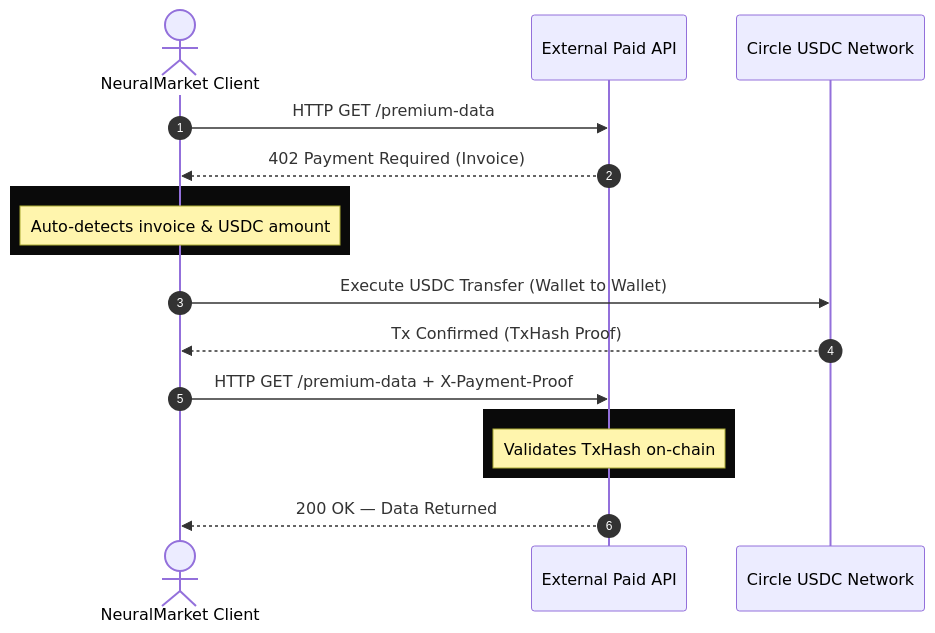
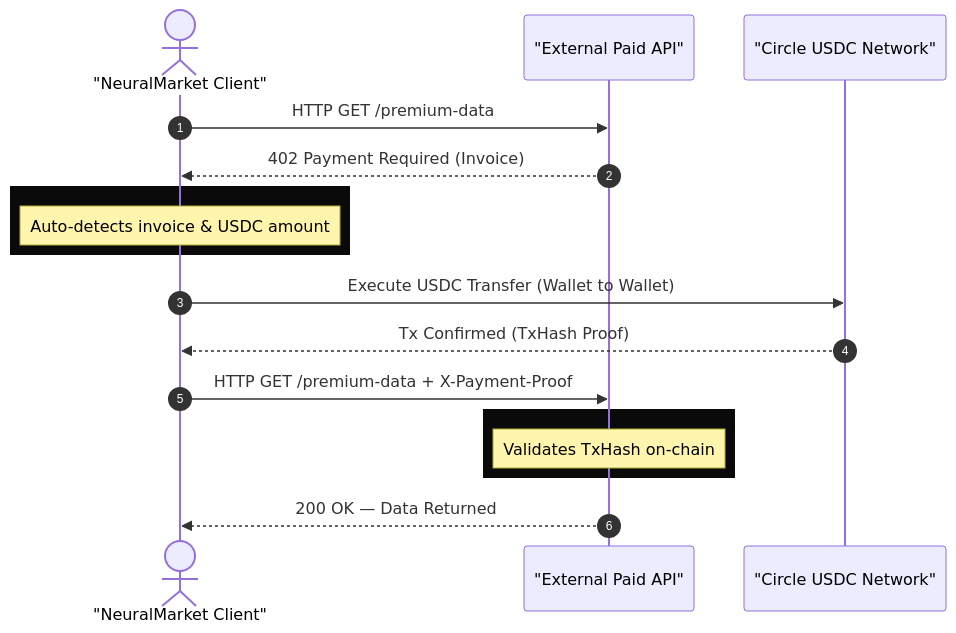
Before and after one commit to shashankrpatil077-ctrl/NeuralMarket: the second of 2 diagrams in README.md, drawn with Mermaid. The commit also changed other lines of this file, not shown here.

````diff
--- a/README.md
+++ b/README.md
@@ -87,25 +87,25 @@
 ```mermaid
 sequenceDiagram
     autonumber
-    actor Client as NeuralMarket Client
-    participant API as External Paid API
-    participant Circle as Circle USDC Network
+    actor Client as "NeuralMarket Client"
+    participant API as "External Paid API"
+    participant Circle as "Circle USDC Network"
 
     Client->>API: HTTP GET /premium-data
     API-->>Client: 402 Payment Required (Invoice)
     
     rect rgb(10, 10, 10)
     Note over Client: Auto-detects invoice & USDC amount
     end
     
     Client->>Circle: Execute USDC Transfer (Wallet to Wallet)
     Circle-->>Client: Tx Confirmed (TxHash Proof)
     
     Client->>API: HTTP GET /premium-data + X-Payment-Proof
     
     rect rgb(10, 10, 10)
     Note over API: Validates TxHash on-chain
     end
     
     API-->>Client: 200 OK — Data Returned
 ```
````
